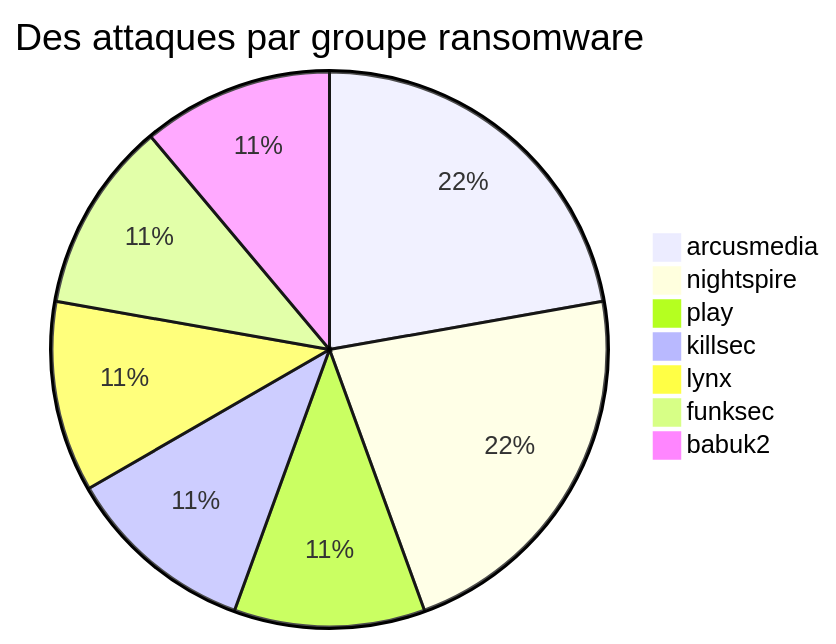
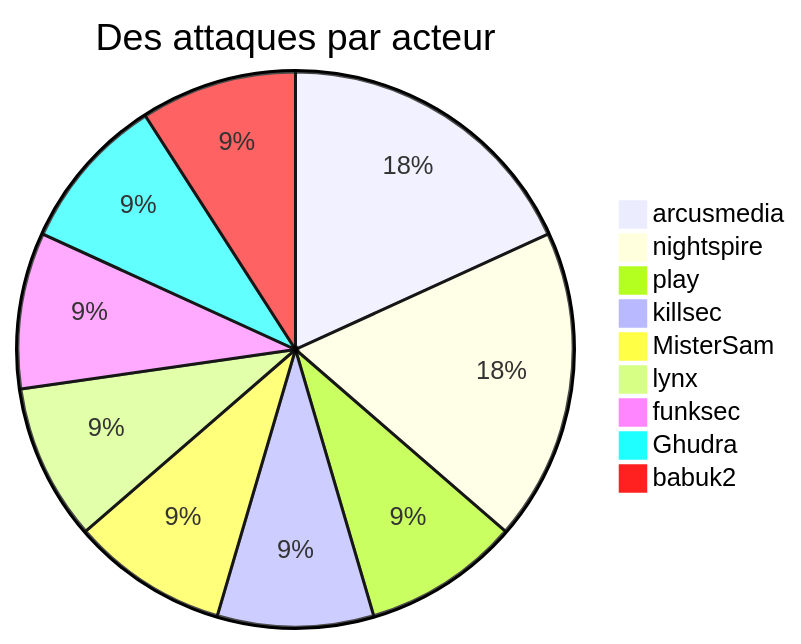
The first of 5 diagrams in CyberAttackAfrica/2025/03-march/README_FR.md (Hatchepsoute/AFRINTEL), drawn with Mermaid before and after one commit. The commit also changed other lines of this file and 255 other files, not shown here.

````diff
--- a/CyberAttackAfrica/2025/03-march/README_FR.md
+++ b/CyberAttackAfrica/2025/03-march/README_FR.md
@@ -32,10 +34,12 @@
 ```mermaid
-pie title Des attaques par groupe ransomware
+pie title Des attaques par acteur
     "arcusmedia" : 2
     "nightspire" : 2
     "play" : 1
     "killsec" : 1
+    "MisterSam" : 1
     "lynx" : 1
     "funksec" : 1
+    "Ghudra" : 1
     "babuk2" : 1
 ```
````
